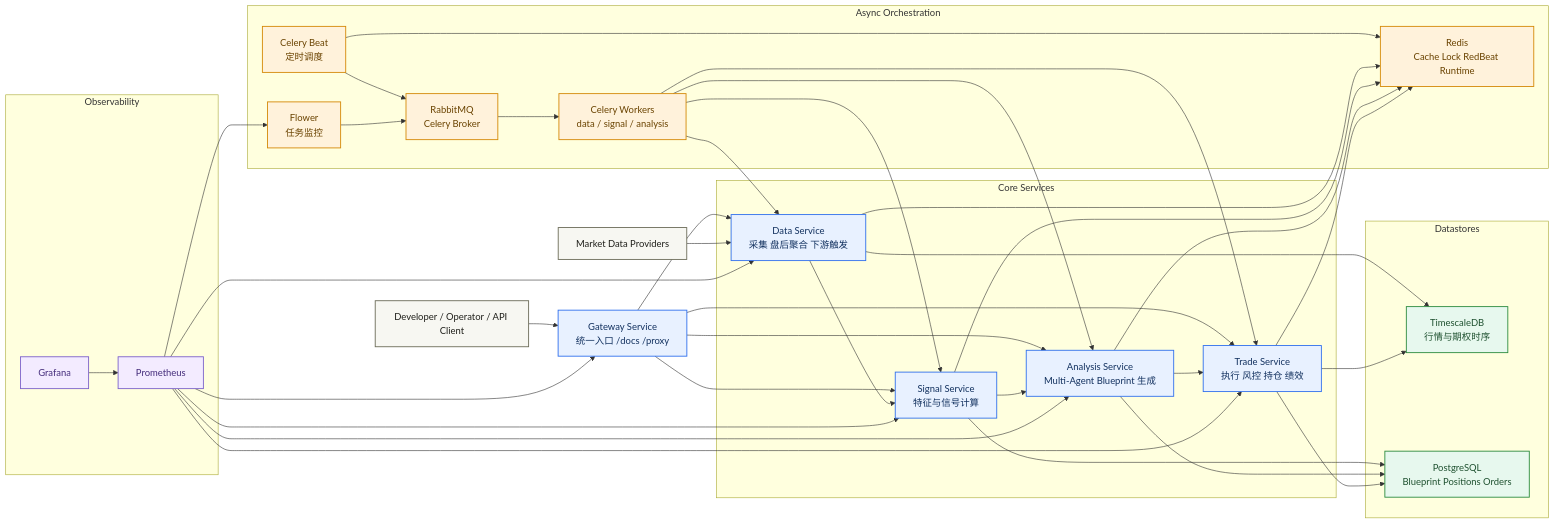
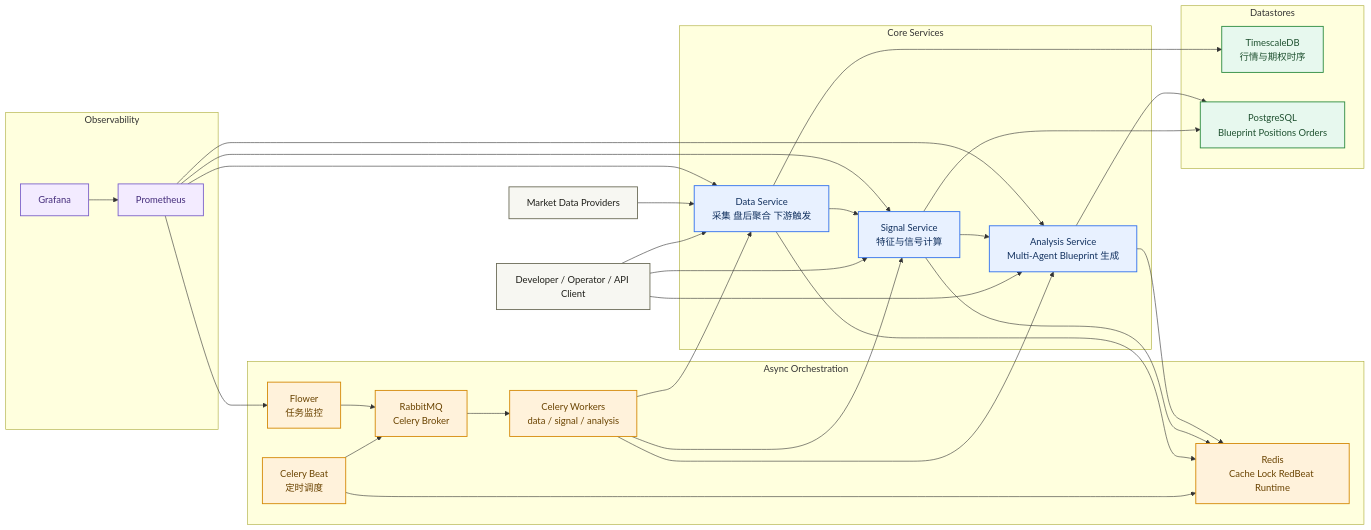
One commit to AimeSoleil/algo-trader-platform changed the first of 2 diagrams in README.md. Above: the diagram before and after it, drawn with Mermaid. The commit also changed other lines of this file and 85 other files, not shown here.

Commit message:
feat: remove gateway and trade_server as we dont support we need to make sure it focus on analysis

````diff
--- a/README.md
+++ b/README.md
@@ -46,82 +40,71 @@
 ```mermaid
 flowchart LR
    user[Developer / Operator / API Client]
-   gateway[Gateway Service\n统一入口 /docs /proxy]
 
    subgraph services[Core Services]
       data[Data Service\n采集 盘后聚合 下游触发]
       signal[Signal Service\n特征与信号计算]
       analysis[Analysis Service\nMulti-Agent Blueprint 生成]
-      trade[Trade Service\n执行 风控 持仓 绩效]
    end
 
    subgraph orchestration[Async Orchestration]
       rabbit[RabbitMQ\nCelery Broker]
       redis[Redis\nCache Lock RedBeat Runtime]
       worker[Celery Workers\ndata / signal / analysis]
       beat[Celery Beat\n定时调度]
       flower[Flower\n任务监控]
    end
 
    subgraph storage[Datastores]
       tsdb[TimescaleDB\n行情与期权时序]
       pg[PostgreSQL\nBlueprint Positions Orders]
    end
 
    subgraph observability[Observability]
       prom[Prometheus]
       grafana[Grafana]
    end
 
    market[Market Data Providers]
 
-   user --> gateway
-   gateway --> data
-   gateway --> signal
-   gateway --> analysis
-   gateway --> trade
+   user --> data
+   user --> signal
+   user --> analysis
 
    market --> data
    data --> signal
    signal --> analysis
-   analysis --> trade
 
    beat --> redis
    beat --> rabbit
    rabbit --> worker
    worker --> data
    worker --> signal
    worker --> analysis
-   worker --> trade
    flower --> rabbit
 
    data --> tsdb
    signal --> pg
    analysis --> pg
-   trade --> pg
-   trade --> tsdb
    data --> redis
    signal --> redis
    analysis --> redis
-   trade --> redis
 
-   prom --> gateway
    prom --> data
    prom --> signal
    prom --> analysis
-   prom --> trade
    prom --> flower
    grafana --> prom
 
    classDef edge fill:#f7f7f2,stroke:#6b6b57,color:#1f1f1a,stroke-width:1.5px;
    classDef service fill:#e8f1ff,stroke:#2f6fed,color:#12315f,stroke-width:1.5px;
    classDef orchestration fill:#fff2db,stroke:#d48806,color:#6a4300,stroke-width:1.5px;
    classDef storage fill:#e7f8ee,stroke:#2b8a3e,color:#1f5130,stroke-width:1.5px;
    classDef observability fill:#f3ebff,stroke:#7b61c9,color:#432b7a,stroke-width:1.5px;
 
    class user,market edge;
-   class gateway,data,signal,analysis,trade service;
+   class data,signal,analysis service;
    class rabbit,redis,worker,beat,flower orchestration;
    class tsdb,pg storage;
    class prom,grafana observability;
 ```
````
